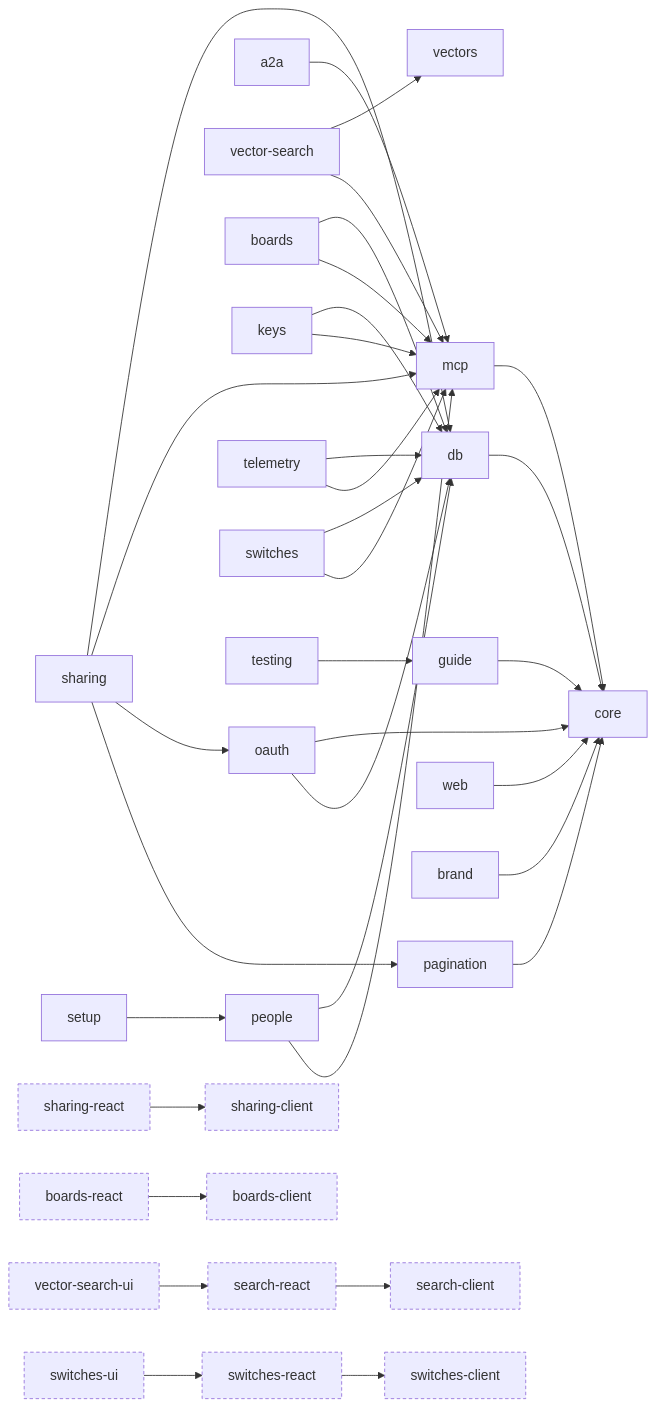
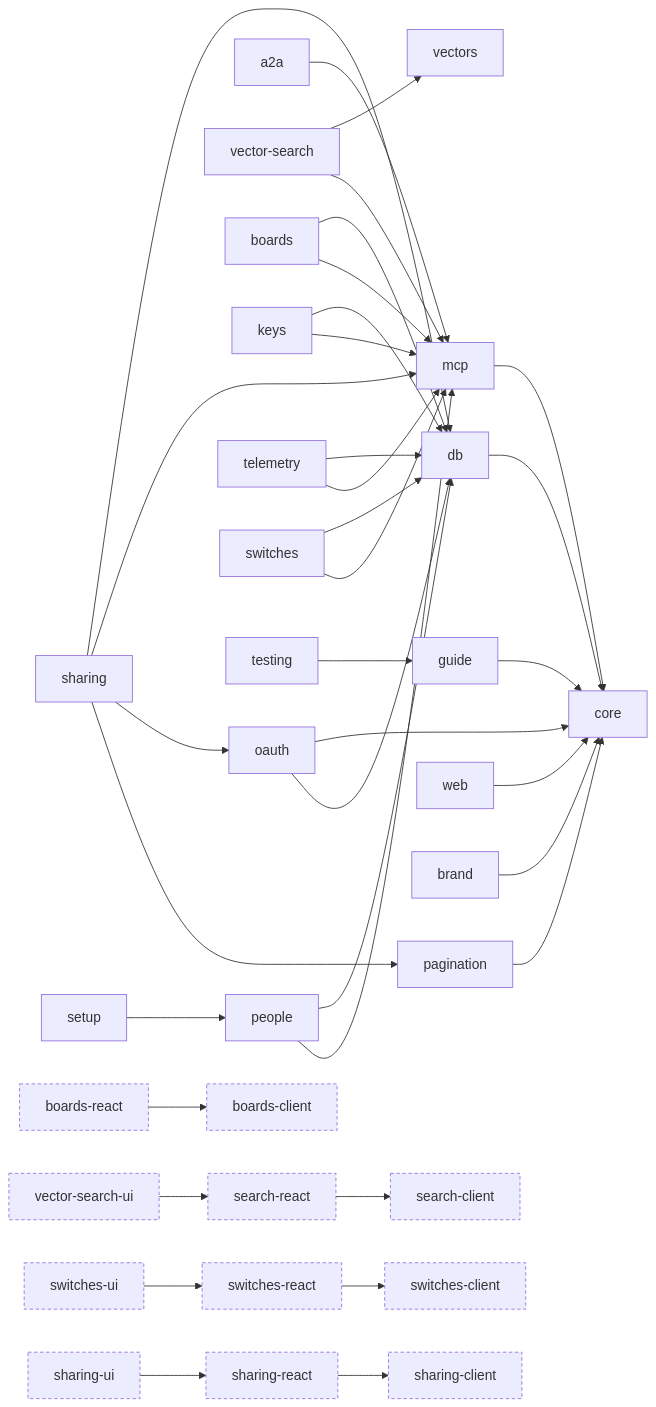
One commit to escalay/api-kit changed the diagram in docs/PARTS.md. Above: the diagram before and after it, drawn with Mermaid. The commit also changed other lines of this file and 10 other files, not shown here.

````diff
--- a/docs/PARTS.md
+++ b/docs/PARTS.md
@@ -83,67 +84,69 @@
 ```mermaid
 flowchart LR
   core[core]
   db[db]
   oauth[oauth]
   pagination[pagination]
   guide[guide]
   mcp[mcp]
   a2a[a2a]
   vectors[vectors]
   vector_search[vector-search]
   web[web]
   brand[brand]
   boards[boards]
   keys[keys]
   people[people]
   setup[setup]
   telemetry[telemetry]
   switches[switches]
   sharing[sharing]
   testing[testing]
   search_client[search-client]
   search_react[search-react]
   vector_search_ui[vector-search-ui]
   switches_client[switches-client]
   switches_react[switches-react]
   switches_ui[switches-ui]
   sharing_client[sharing-client]
   sharing_react[sharing-react]
+  sharing_ui[sharing-ui]
   boards_client[boards-client]
   boards_react[boards-react]
   db --> core
   oauth --> core
   oauth --> db
   pagination --> core
   guide --> core
   mcp --> core
   a2a --> mcp
   vector_search --> vectors
   vector_search --> mcp
   web --> core
   brand --> core
   boards --> db
   boards --> mcp
   keys --> db
   keys --> mcp
   people --> db
   people --> mcp
   setup --> people
   telemetry --> db
   telemetry --> mcp
   switches --> db
   switches --> mcp
   sharing --> db
   sharing --> mcp
   sharing --> oauth
   sharing --> pagination
   testing --> guide
   search_react --> search_client
   vector_search_ui --> search_react
   switches_react --> switches_client
   switches_ui --> switches_react
   sharing_react --> sharing_client
+  sharing_ui --> sharing_react
   boards_react --> boards_client
   classDef layer stroke-dasharray: 4 3
-  class search_client,search_react,vector_search_ui,switches_client,switches_react,switches_ui,sharing_client,sharing_react,boards_client,boards_react layer
+  class search_client,search_react,vector_search_ui,switches_client,switches_react,switches_ui,sharing_client,sharing_react,sharing_ui,boards_client,boards_react layer
 ```
````
